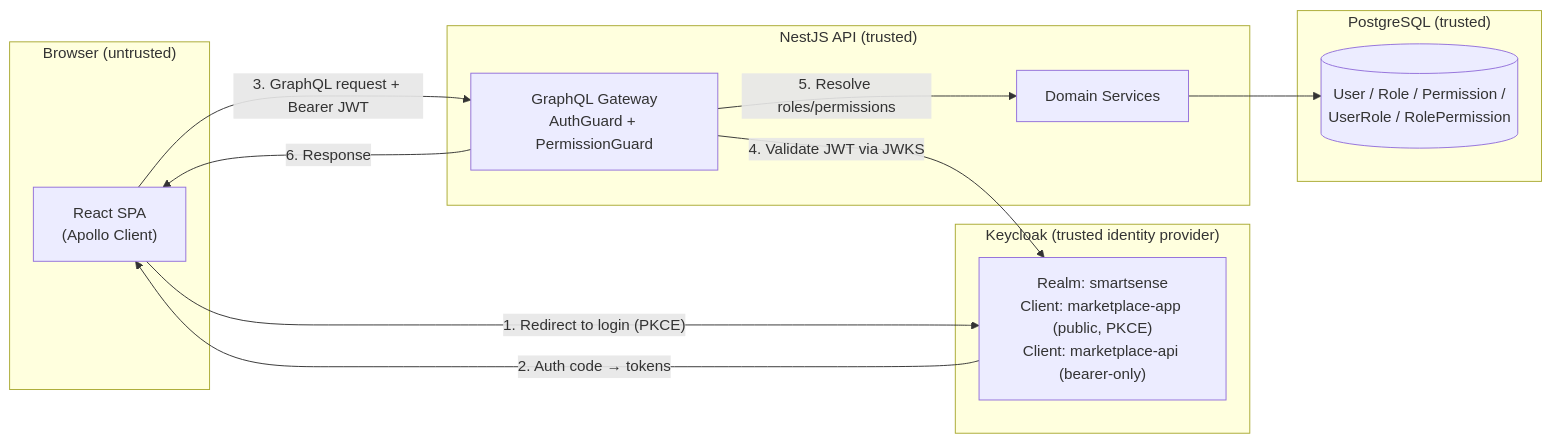
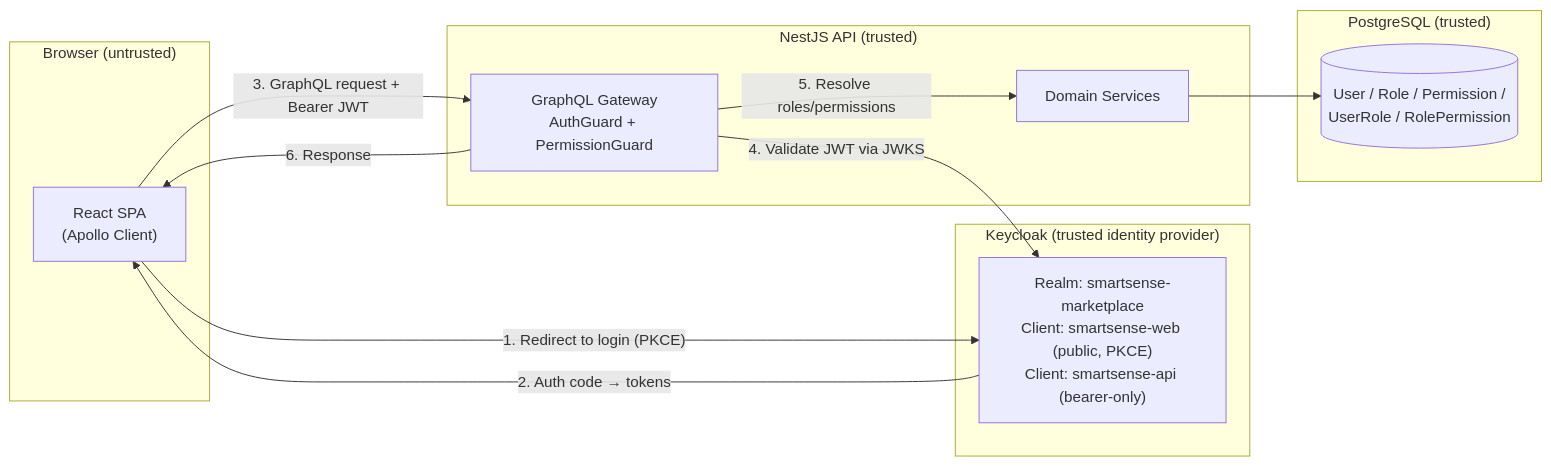
One commit to lakhaniyash/Smartsense-marketplace changed the first of 11 diagrams in docs/authentication.md. Above: the diagram before and after it, drawn with Mermaid. The commit also changed other lines of this file and 6 other files, not shown here.

````diff
--- a/docs/authentication.md
+++ b/docs/authentication.md
@@ -25,27 +25,27 @@
 ```mermaid
 flowchart LR
     subgraph Browser["Browser (untrusted)"]
         SPA["React SPA<br/>(Apollo Client)"]
     end
 
     subgraph IdP["Keycloak (trusted identity provider)"]
-        KC["Realm: smartsense<br/>Client: marketplace-app (public, PKCE)<br/>Client: marketplace-api (bearer-only)"]
+        KC["Realm: smartsense-marketplace<br/>Client: smartsense-web (public, PKCE)<br/>Client: smartsense-api (bearer-only)"]
     end
 
     subgraph Backend["NestJS API (trusted)"]
         GW["GraphQL Gateway<br/>AuthGuard + PermissionGuard"]
         SVC["Domain Services"]
     end
 
     subgraph Data["PostgreSQL (trusted)"]
         DB[("User / Role / Permission /<br/>UserRole / RolePermission")]
     end
 
     SPA -- "1. Redirect to login (PKCE)" --> KC
     KC -- "2. Auth code → tokens" --> SPA
     SPA -- "3. GraphQL request + Bearer JWT" --> GW
     GW -- "4. Validate JWT via JWKS" --> KC
     GW -- "5. Resolve roles/permissions" --> SVC
     SVC --> DB
     GW -- "6. Response" --> SPA
 ```
````
